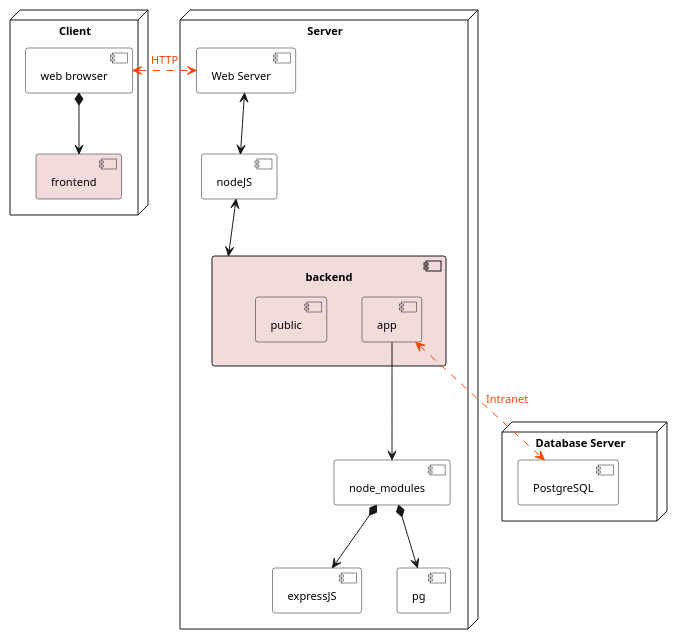
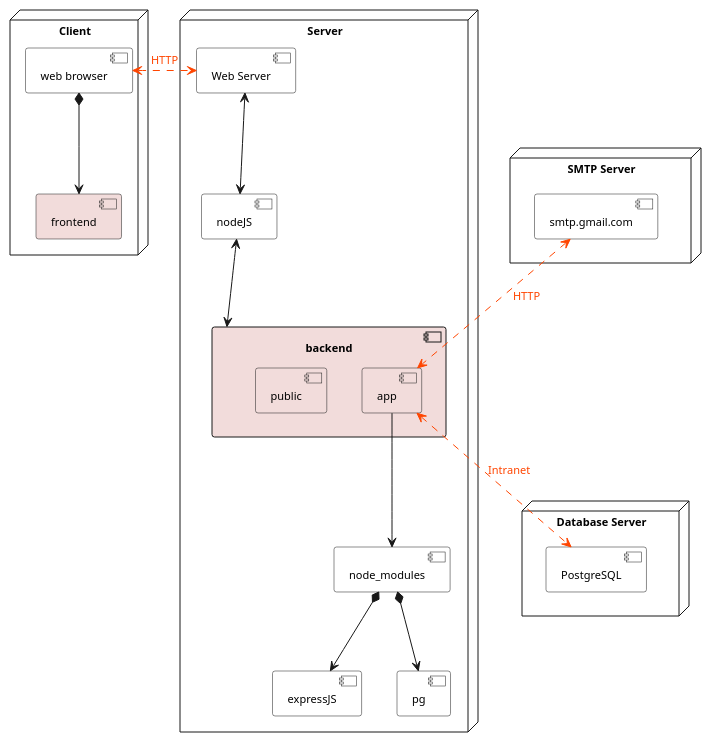
One commit to mpaulaherrero/tesis-frameworks-backend-diagrams changed the diagram in logicalView/designView/express/architectureDesign/componentDiagram.plantuml. Above: the diagram before and after it, drawn with PlantUML. The commit also changed 1 other file, not shown here.

Commit message:
smtp server, postgress y python-site-packages

```diff
--- a/logicalView/designView/express/architectureDesign/componentDiagram.plantuml
+++ b/logicalView/designView/express/architectureDesign/componentDiagram.plantuml
@@ -1,38 +1,45 @@
 @startuml architecture_design
 skinparam ComponentBackgroundColor white
 skinparam defaultTextAlignment center
 skinparam defaultFontSize 11
 
 node "Client" as pc {
     component "web browser" as browser
     component frontend #f2dcdb
 
     browser *--> frontend
 }
 
 node "Server" as server {
     component "Web Server" as webserver
     component "nodeJS" as nodeJS
     component "node_modules" as nodeModules
     component "expressJS" as expressJS
     component pg
     component backend #f2dcdb {
         component app #f2dcdb
         component public #f2dcdb
     }
 
     webserver <-d-> nodeJS
     nodeJS <--> backend
     nodeModules *-d-> expressJS
     nodeModules *-d-> pg
     app -d-> nodeModules
 }
 
 node "Database Server" as dbServer {
     component "PostgreSQL" as postgresql
 }
 
+node "SMTP Server" as smtpServer {
+ component "smtp.gmail.com" as smtp
+}
+
 browser <..[#OrangeRed]r..> webserver: <font color=OrangeRed>HTTP</font>
 app <.[#OrangeRed]d.>  postgresql: <font color=OrangeRed>Intranet</font>
+app <.[#OrangeRed]u.>  smtp: <font color=OrangeRed>HTTP</font>
 
+'diseño
+dbServer -[hidden]d- smtpServer
 @enduml
```
